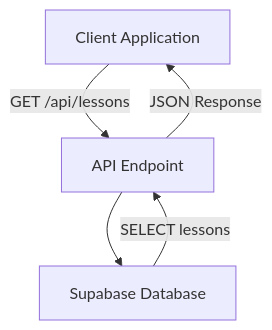
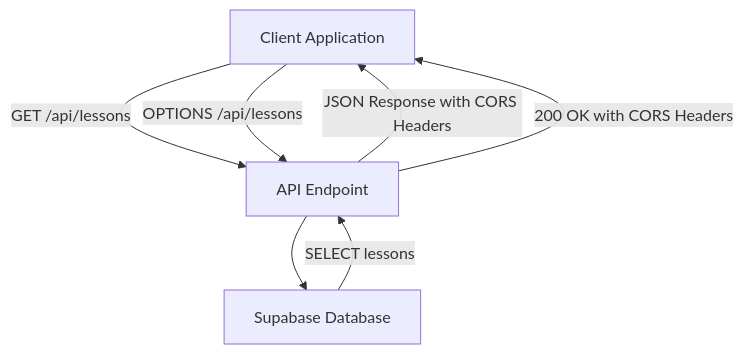
One commit to lommaks777/pesonalisev2 changed the first of 3 diagrams in .qoder/repowiki/en/content/API Reference/GET _api_lessons.md. Above: the diagram before and after it, drawn with Mermaid. The commit also changed other lines of this file and 16 other files, not shown here.

First line of the commit message:
feat(api): add CORS support and default template fallback for persona endpoints

````diff
--- a/.qoder/repowiki/en/content/API Reference/GET _api_lessons.md
+++ b/.qoder/repowiki/en/content/API Reference/GET _api_lessons.md
@@ -37,7 +47,9 @@
 ```mermaid
 flowchart TD
 Client["Client Application"] --> |GET /api/lessons| API["API Endpoint"]
+Client --> |OPTIONS /api/lessons| API
 API --> Supabase["Supabase Database"]
 Supabase --> |SELECT lessons| API
-API --> |JSON Response| Client
+API --> |JSON Response with CORS Headers| Client
+API --> |200 OK with CORS Headers| Client
 ```
````
